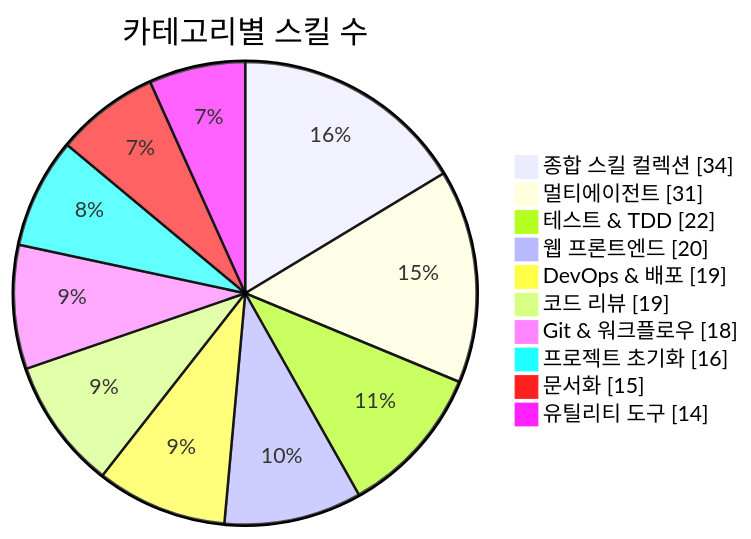
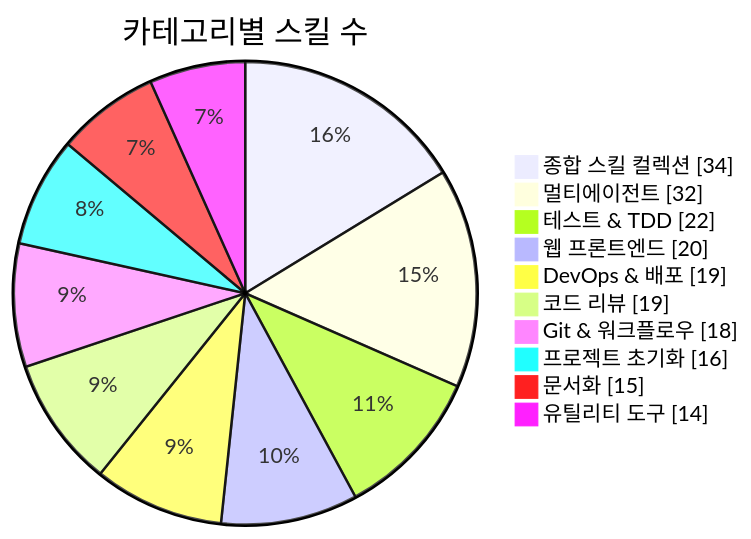
The first of 3 diagrams in README.md (J-nowcow/awesome-korean-agent-skills), drawn with Mermaid before and after one commit. The commit also changed other lines of this file and 4 other files, not shown here.

````diff
--- a/README.md
+++ b/README.md
@@ -176,14 +176,14 @@
 ```mermaid
 pie showData
     title 카테고리별 스킬 수
     "종합 스킬 컬렉션" : 34
-    "멀티에이전트" : 31
+    "멀티에이전트" : 32
     "테스트 & TDD" : 22
     "웹 프론트엔드" : 20
     "DevOps & 배포" : 19
     "코드 리뷰" : 19
     "Git & 워크플로우" : 18
     "프로젝트 초기화" : 16
     "문서화" : 15
     "유틸리티 도구" : 14
 ```
````
